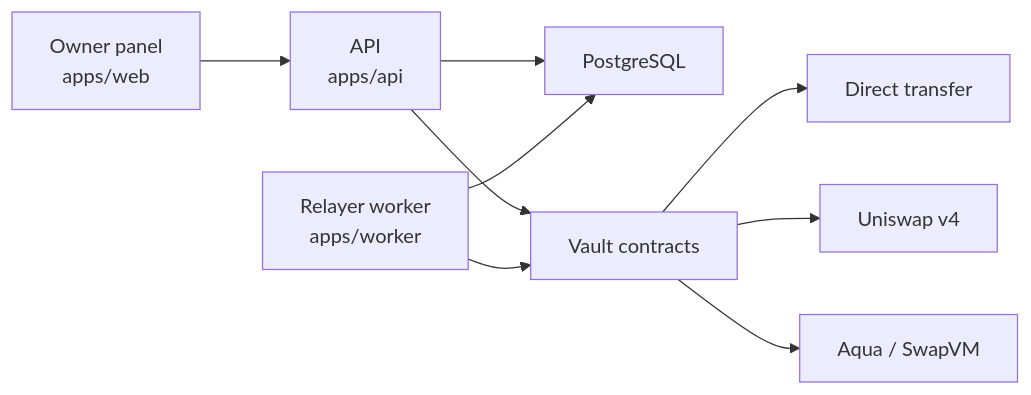
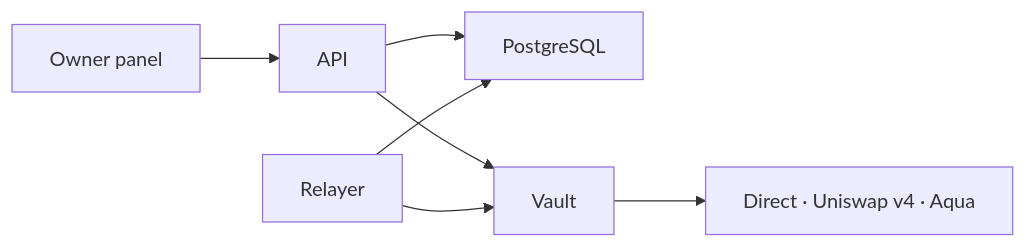
One commit to kosuke-eth/PayGuard changed the second of 2 diagrams in README.md. Above: the diagram before and after it, drawn with Mermaid. The commit also changed other lines of this file, not shown here.

````diff
--- a/README.md
+++ b/README.md
@@ -68,11 +60,9 @@
 ```mermaid
 flowchart LR
-  Browser["Owner panel<br/>apps/web"] --> API["API<br/>apps/api"]
+  Panel["Owner panel"] --> API["API"]
   API --> DB["PostgreSQL"]
-  API --> Chain["Vault contracts"]
-  Worker["Relayer worker<br/>apps/worker"] --> DB
-  Worker --> Chain
-  Chain --> Direct["Direct transfer"]
-  Chain --> V4["Uniswap v4"]
-  Chain --> Aqua["Aqua / SwapVM"]
+  API --> Vault["Vault"]
+  Worker["Relayer"] --> DB
+  Worker --> Vault
+  Vault --> Routes["Direct · Uniswap v4 · Aqua"]
 ```
````
